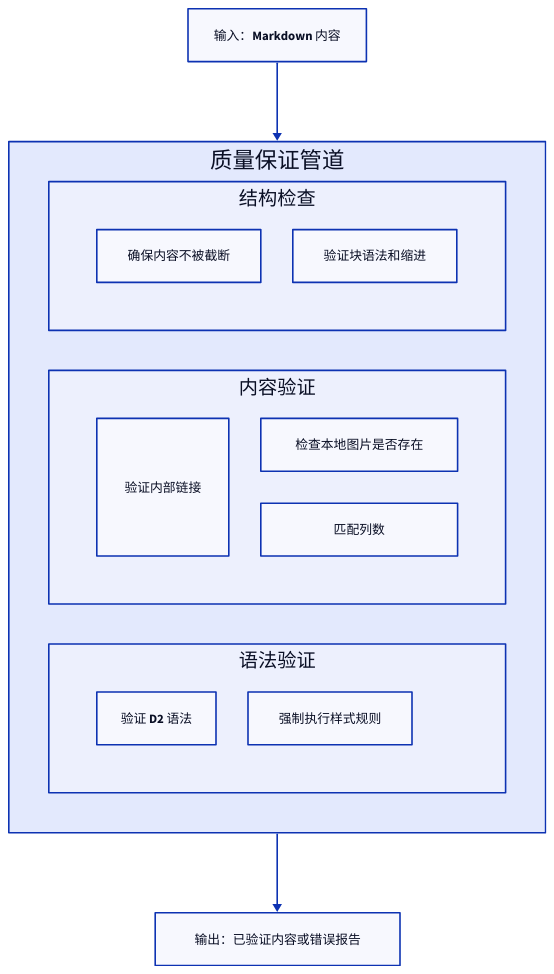
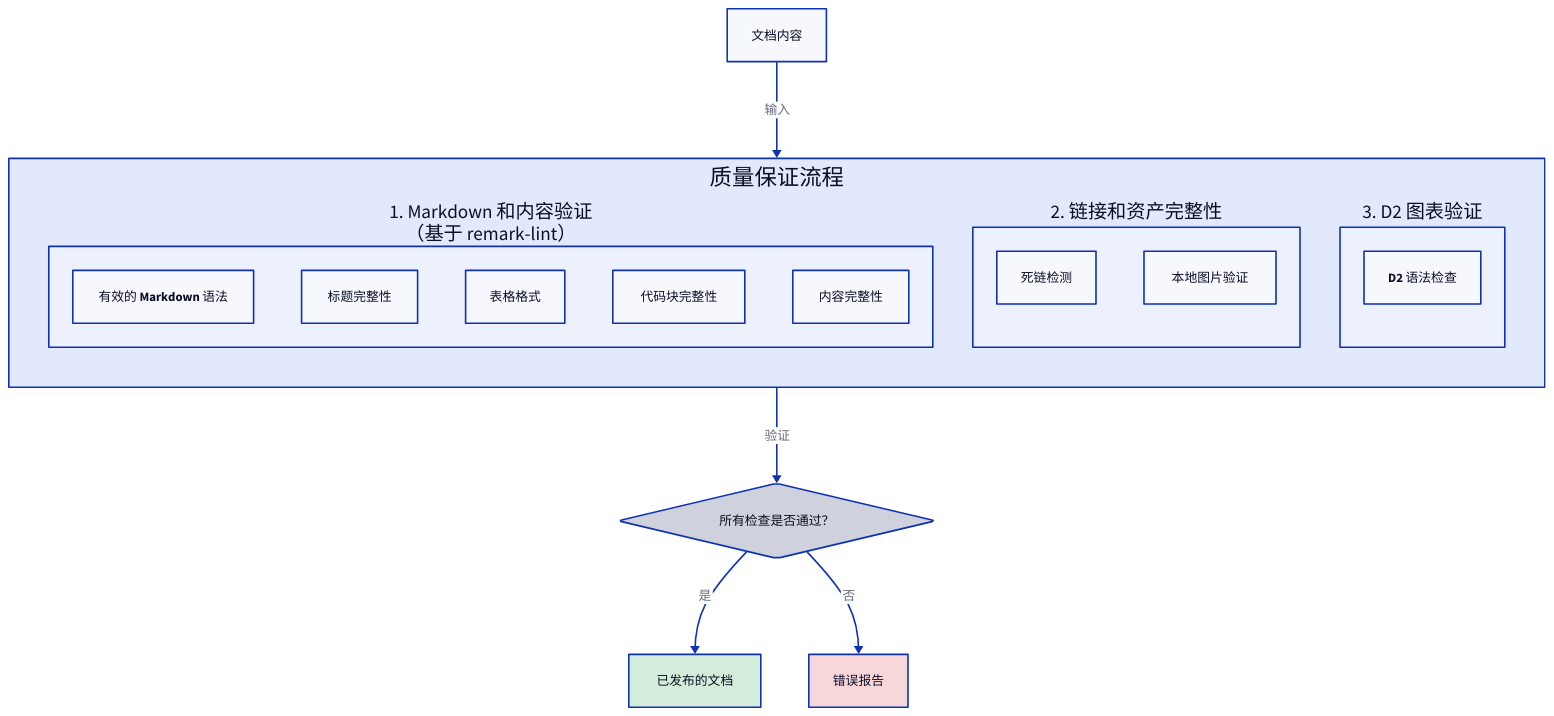
Before and after one commit to AIGNE-io/aigne-doc-smith: the diagram in docs/advanced-quality-assurance.zh.md, drawn with D2. The commit also changed other lines of this file and 84 other files, not shown here.

````diff
--- a/docs/advanced-quality-assurance.zh.md
+++ b/docs/advanced-quality-assurance.zh.md
@@ -7,48 +5,63 @@
-```d2
+```d2 质量保证流程 icon=lucide:shield-check
 direction: down
 
-Input-Markdown-Content: {
-  label: "输入：Markdown 内容"
+Documentation-Content: {
+  label: "文档内容"
   shape: rectangle
 }
 
-QA-Pipeline: {
-  label: "质量保证管道"
+Quality-Assurance-Pipeline: {
+  label: "质量保证流程"
   shape: rectangle
-  grid-columns: 1
+  grid-columns: 3
   grid-gap: 50
 
-  Structural-Checks: {
-    label: "结构检查"
+  Markdown-Validation: {
+    label: "1. Markdown 和内容验证\n（基于 remark-lint）"
     shape: rectangle
-    grid-columns: 2
-    Completeness: "确保内容不被截断"
-    Code-Blocks: "验证块语法和缩进"
+
+    Check-1: "有效的 Markdown 语法"
+    Check-2: "标题完整性"
+    Check-3: "表格格式"
+    Check-4: "代码块完整性"
+    Check-5: "内容完整性"
   }
 
-  Content-Validation: {
-    label: "内容验证"
+  Link-Asset-Validation: {
+    label: "2. 链接和资产完整性"
     shape: rectangle
-    grid-columns: 2
-    Link-Integrity: "验证内部链接"
-    Image-Paths: "检查本地图片是否存在"
-    Table-Formatting: "匹配列数"
+
+    Check-6: "死链检测"
+    Check-7: "本地图片验证"
   }
 
-  Syntax-Validation: {
-    label: "语法验证"
+  D2-Diagram-Validation: {
+    label: "3. D2 图表验证"
     shape: rectangle
-    grid-columns: 2
-    D2-Diagrams: "验证 D2 语法"
-    Markdown-Linting: "强制执行样式规则"
+
+    Check-8: "D2 语法检查"
   }
 }
 
-Output-Validated-Content-or-Error-Report: {
-  label: "输出：已验证内容或错误报告"
-  shape: rectangle
+Validation-Result: {
+  label: "所有检查是否通过？"
+  shape: diamond
 }
 
-Input-Markdown-Content -> QA-Pipeline
-QA-Pipeline -> Output-Validated-Content-or-Error-Report
+Published-Documentation: {
+  label: "已发布的文档"
+  shape: rectangle
+  style.fill: "#d4edda"
+}
+
+Error-Report: {
+  label: "错误报告"
+  shape: rectangle
+  style.fill: "#f8d7da"
+}
+
+Documentation-Content -> Quality-Assurance-Pipeline: "输入"
+Quality-Assurance-Pipeline -> Validation-Result: "验证"
+Validation-Result -> Published-Documentation: "是"
+Validation-Result -> Error-Report: "否"
 ```
````
